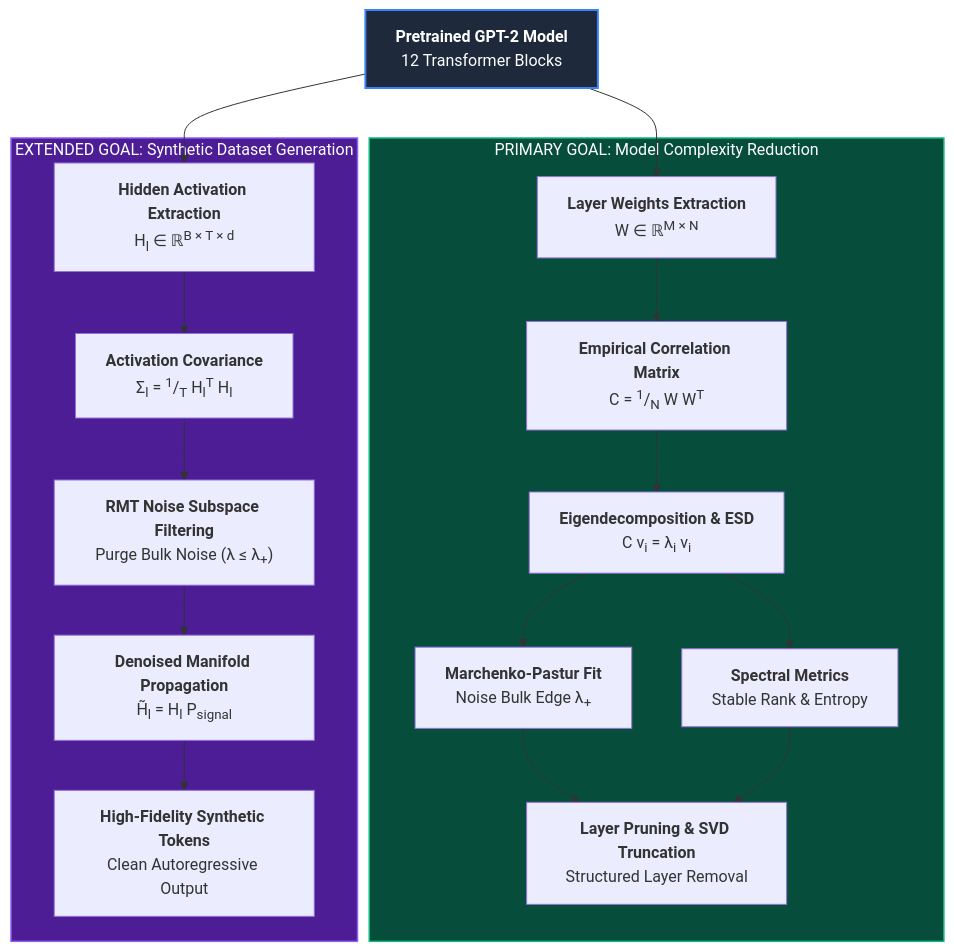
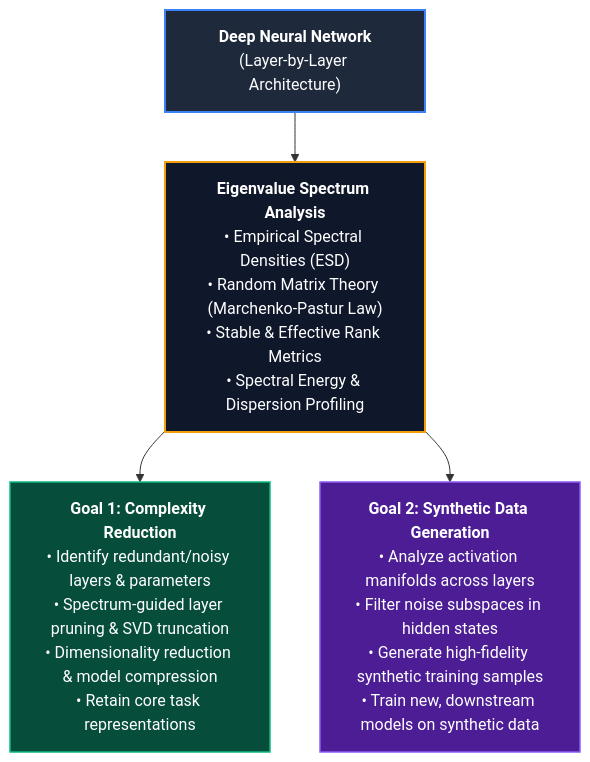
The diagram in README.md (kislaya2319/High-Dimensional-Analysis-on-Neural-Networks), drawn with Mermaid before and after one commit. The commit also changed other lines of this file and 17 other files, not shown here.

````diff
--- a/README.md
+++ b/README.md
@@ -19,34 +13,19 @@
 ```mermaid
 flowchart TD
-    M["<b>Pretrained GPT-2 Model</b><br/>12 Transformer Blocks"]
+    NN["<b>Deep Neural Network</b><br/>(Layer-by-Layer Architecture)"]
     
-    subgraph Primary["PRIMARY GOAL: Model Complexity Reduction"]
-        W["<b>Layer Weights Extraction</b><br/>W ∈ ℝ<sup>M × N</sup>"]
-        C["<b>Empirical Correlation Matrix</b><br/>C = <sup>1</sup>/<sub>N</sub> W W<sup>T</sup>"]
-        EIG["<b>Eigendecomposition & ESD</b><br/>C v<sub>i</sub> = λ<sub>i</sub> v<sub>i</sub>"]
-        MP["<b>Marchenko-Pastur Fit</b><br/>Noise Bulk Edge λ<sub>+</sub>"]
-        MET["<b>Spectral Metrics</b><br/>Stable Rank & Entropy"]
-        PRUNE["<b>Layer Pruning & SVD Truncation</b><br/>Structured Layer Removal"]
-    end
-
-    subgraph Extended["EXTENDED GOAL: Synthetic Dataset Generation"]
-        ACT["<b>Hidden Activation Extraction</b><br/>H<sub>l</sub> ∈ ℝ<sup>B × T × d</sup>"]
-        COV["<b>Activation Covariance</b><br/>Σ<sub>l</sub> = <sup>1</sup>/<sub>T</sub> H<sub>l</sub><sup>T</sup> H<sub>l</sub>"]
-        FILTER["<b>RMT Noise Subspace Filtering</b><br/>Purge Bulk Noise (λ ≤ λ<sub>+</sub>)"]
-        CLEAN["<b>Denoised Manifold Propagation</b><br/>H̃<sub>l</sub> = H<sub>l</sub> P<sub>signal</sub>"]
-        GEN["<b>High-Fidelity Synthetic Tokens</b><br/>Clean Autoregressive Output"]
-    end
-
-    M --> W
-    M --> ACT
+    EIG["<b>Eigenvalue Spectrum Analysis</b><br/>• Empirical Spectral Densities (ESD)<br/>• Random Matrix Theory (Marchenko-Pastur Law)<br/>• Stable & Effective Rank Metrics<br/>• Spectral Energy & Dispersion Profiling"]
     
-    W --> C --> EIG
-    EIG --> MP --> PRUNE
-    EIG --> MET --> PRUNE
+    G1["<b>Goal 1: Complexity Reduction</b><br/>• Identify redundant/noisy layers & parameters<br/>• Spectrum-guided layer pruning & SVD truncation<br/>• Dimensionality reduction & model compression<br/>• Retain core task representations"]
     
-    ACT --> COV --> FILTER --> CLEAN --> GEN
+    G2["<b>Goal 2: Synthetic Data Generation</b><br/>• Analyze activation manifolds across layers<br/>• Filter noise subspaces in hidden states<br/>• Generate high-fidelity synthetic training samples<br/>• Train new, downstream models on synthetic data"]
     
-    style M fill:#1e293b,stroke:#3b82f6,stroke-width:2px,color:#ffffff
-    style Primary fill:#064e3b,stroke:#10b981,stroke-width:1.5px,color:#ffffff
-    style Extended fill:#4c1d95,stroke:#8b5cf6,stroke-width:1.5px,color:#ffffff
+    NN --> EIG
+    EIG --> G1
+    EIG --> G2
+    
+    style NN fill:#1e293b,stroke:#3b82f6,stroke-width:2px,color:#ffffff
+    style EIG fill:#0f172a,stroke:#f59e0b,stroke-width:2px,color:#ffffff
+    style G1 fill:#064e3b,stroke:#10b981,stroke-width:1.5px,color:#ffffff
+    style G2 fill:#4c1d95,stroke:#8b5cf6,stroke-width:1.5px,color:#ffffff
 ```
````
